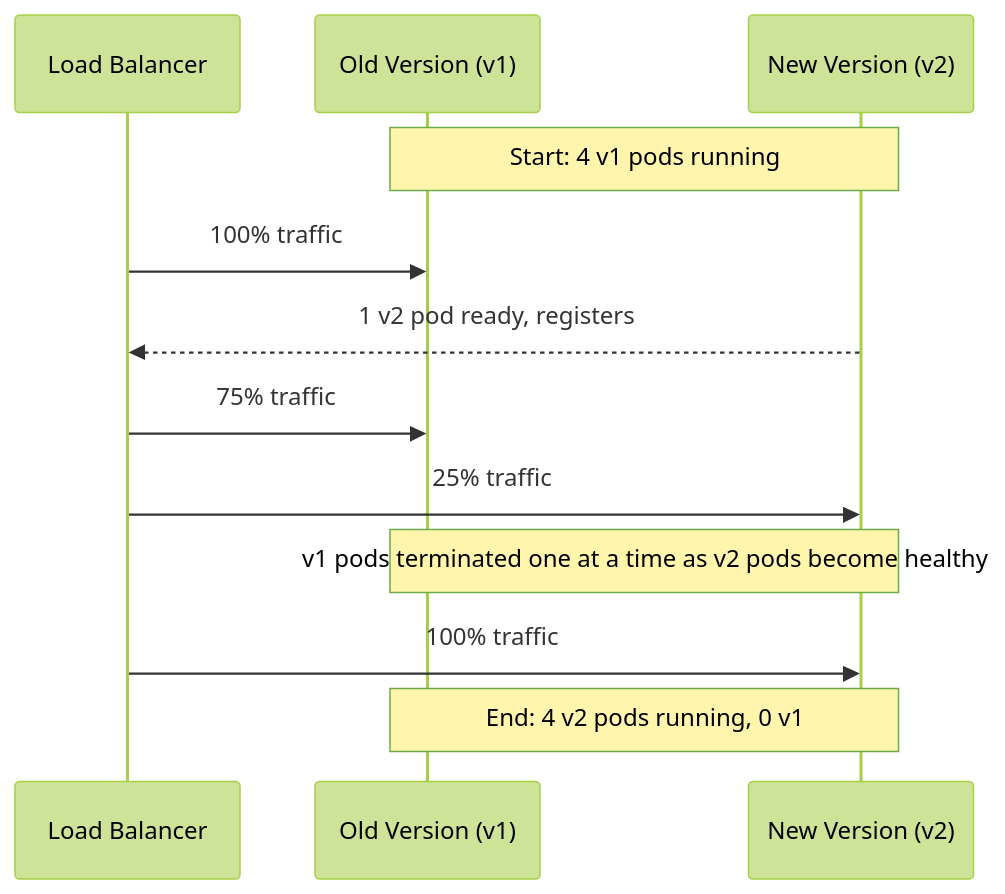
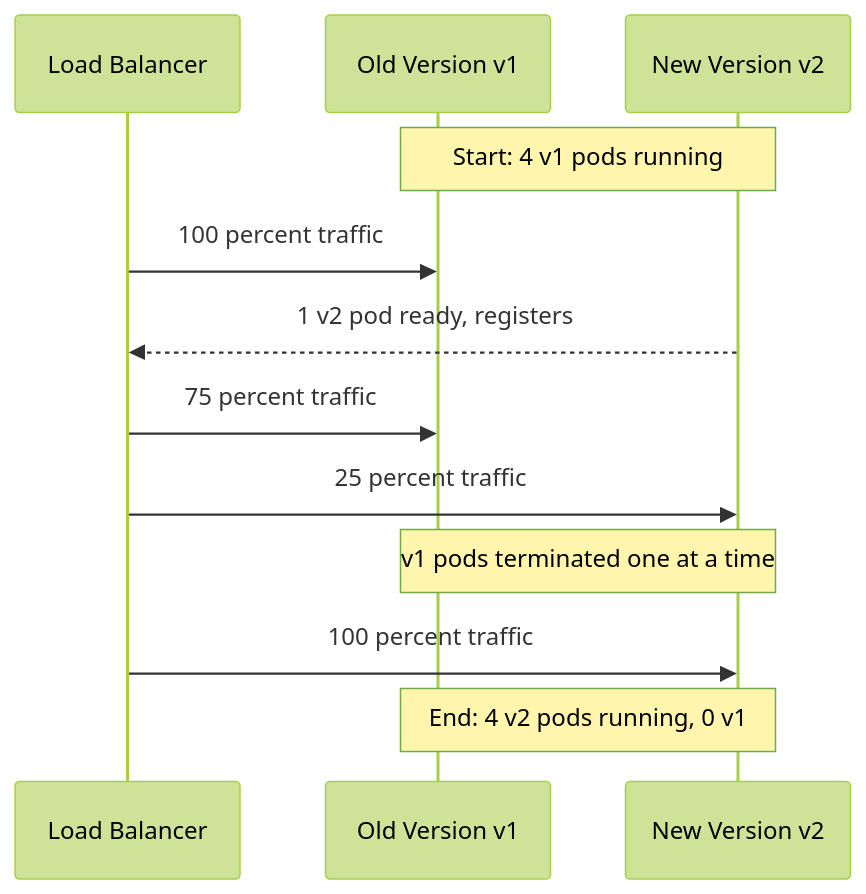
One commit to vilasvarghesescaler/CompanySpecific changed the eighth of 12 diagrams in IamDistributor.md. Above: the diagram before and after it, drawn with Mermaid (forest theme). The commit also changed other lines of this file, not shown here.

````diff
--- a/IamDistributor.md
+++ b/IamDistributor.md
@@ -289,15 +304,14 @@
 ```mermaid
 sequenceDiagram
     participant LB as Load Balancer
-    participant Old as Old Version (v1)
-    participant New as New Version (v2)
-
+    participant Old as Old Version v1
+    participant New as New Version v2
     Note over Old,New: Start: 4 v1 pods running
-    LB->>Old: 100% traffic
+    LB->>Old: 100 percent traffic
     New-->>LB: 1 v2 pod ready, registers
-    LB->>Old: 75% traffic
-    LB->>New: 25% traffic
-    Note over Old,New: v1 pods terminated one at a time as v2 pods become healthy
-    LB->>New: 100% traffic
+    LB->>Old: 75 percent traffic
+    LB->>New: 25 percent traffic
+    Note over Old,New: v1 pods terminated one at a time
+    LB->>New: 100 percent traffic
     Note over Old,New: End: 4 v2 pods running, 0 v1
 ```
````
